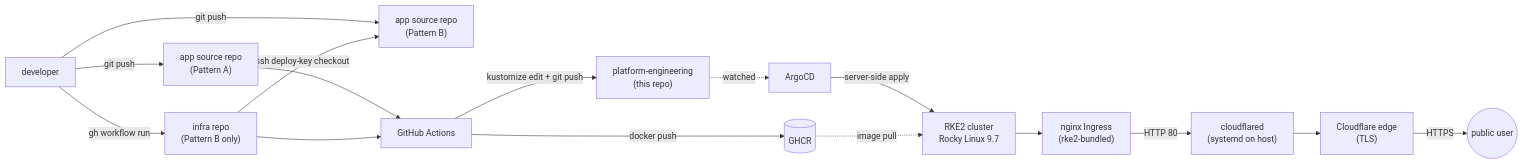
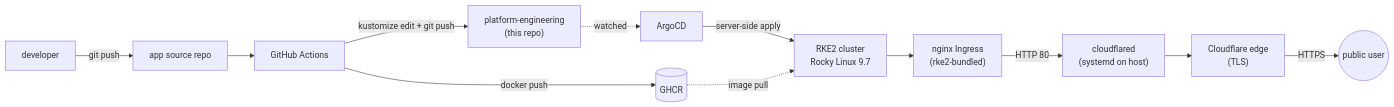
Before and after one commit to alexmchughdev/cicd-gitops-pipeline: the diagram in docs/diagrams/diagram-architecture-overview.mmd, drawn with Mermaid. The commit also changed 7 other files, not shown here.

```diff
--- a/docs/diagrams/diagram-architecture-overview.mmd
+++ b/docs/diagrams/diagram-architecture-overview.mmd
@@ -1,30 +1,24 @@
 flowchart LR
   dev["developer"]
-  appA["app source repo<br/>(Pattern A)"]
-  appB["app source repo<br/>(Pattern B)"]
-  infraB["infra repo<br/>(Pattern B only)"]
+  appRepo["app source repo"]
   ci["GitHub Actions"]
   ghcr[("GHCR")]
   manifest["platform-engineering<br/>(this repo)"]
   argocd["ArgoCD"]
   rke2["RKE2 cluster<br/>Rocky Linux 9.7"]
   nginx["nginx Ingress<br/>(rke2-bundled)"]
   cfd["cloudflared<br/>(systemd on host)"]
   cf["Cloudflare edge<br/>(TLS)"]
   user(("public user"))
 
-  dev -- git push --> appA
-  dev -- git push --> appB
-  dev -- gh workflow run --> infraB
-  appA --> ci
-  infraB -- "ssh deploy-key checkout" --> appB
-  infraB --> ci
+  dev -- git push --> appRepo
+  appRepo --> ci
   ci -- docker push --> ghcr
   ci -- "kustomize edit + git push" --> manifest
   manifest -. watched .-> argocd
   argocd -- "server-side apply" --> rke2
   ghcr -. image pull .-> rke2
   rke2 --> nginx
   nginx -- "HTTP 80" --> cfd
   cfd --> cf
   cf -- HTTPS --> user
```
